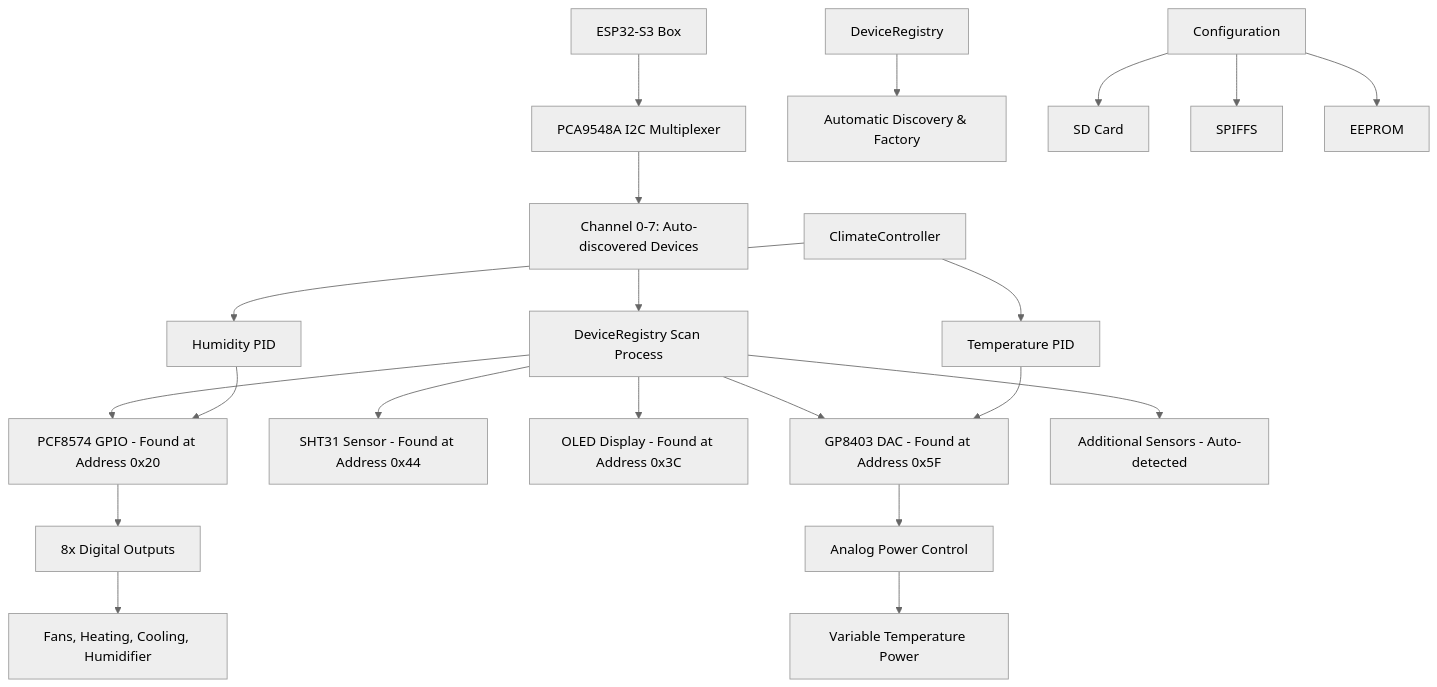
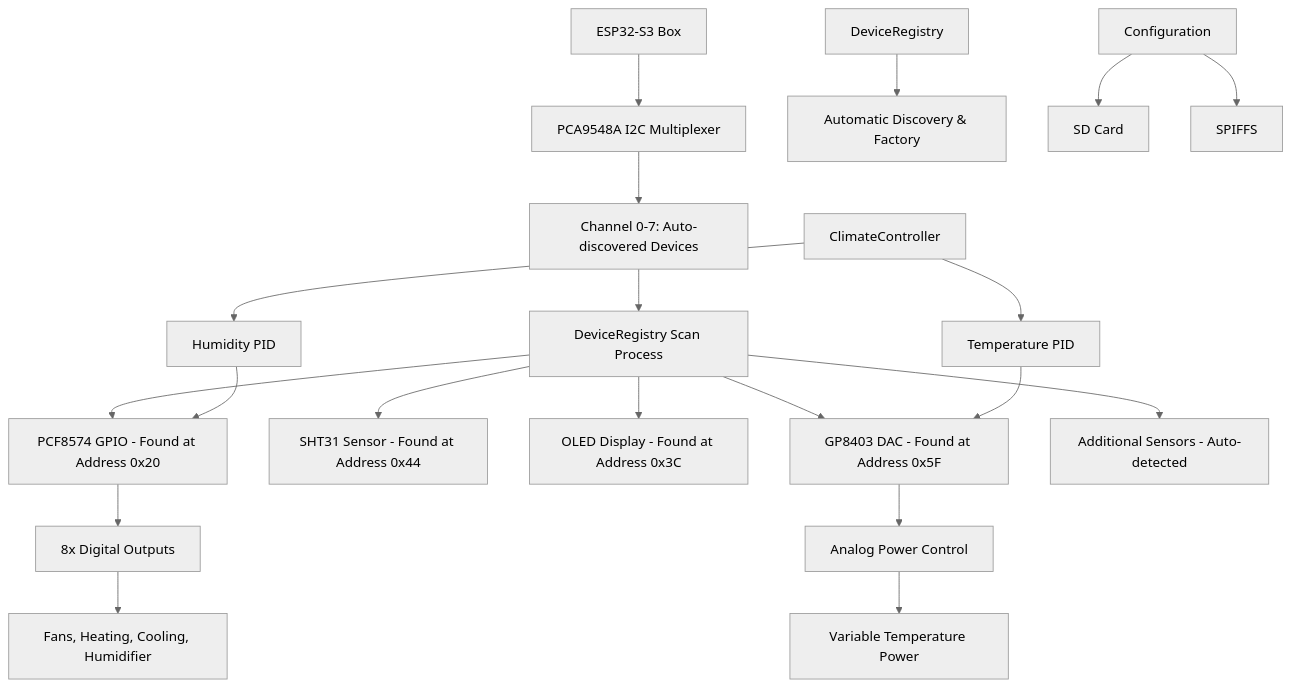
Before and after one commit to GeR0Nim0O/ShowcaseClimateController: the diagram in README.md, drawn with Mermaid (neutral theme).

Commit message:
Auto-commit on save

````diff
--- a/README.md
+++ b/README.md
@@ -70,28 +70,26 @@
 ```mermaid
 graph TB
     A[ESP32-S3 Box] --> B[PCA9548A I2C Multiplexer]
     B --> C[Channel 0-7: Auto-discovered Devices]
     
     C --> D[DeviceRegistry Scan Process]
     D --> E[PCF8574 GPIO - Found at Address 0x20]
     D --> F[SHT31 Sensor - Found at Address 0x44]
     D --> G[OLED Display - Found at Address 0x3C]
     D --> H[GP8403 DAC - Found at Address 0x5F]
     D --> I[Additional Sensors - Auto-detected]
     
     E --> J[8x Digital Outputs]
     J --> K[Fans, Heating, Cooling, Humidifier]
     
     H --> L[Analog Power Control]
     L --> M[Variable Temperature Power]
     
     N[ClimateController] --> O[Temperature PID]
     N --> P[Humidity PID]
     O --> H
     P --> E
-    
-    Q[DeviceRegistry] --> R[Automatic Discovery & Factory]
+      Q[DeviceRegistry] --> R[Automatic Discovery & Factory]
     S[Configuration] --> T[SD Card]
     S --> U[SPIFFS]
-    S --> V[EEPROM]
 ```
````
